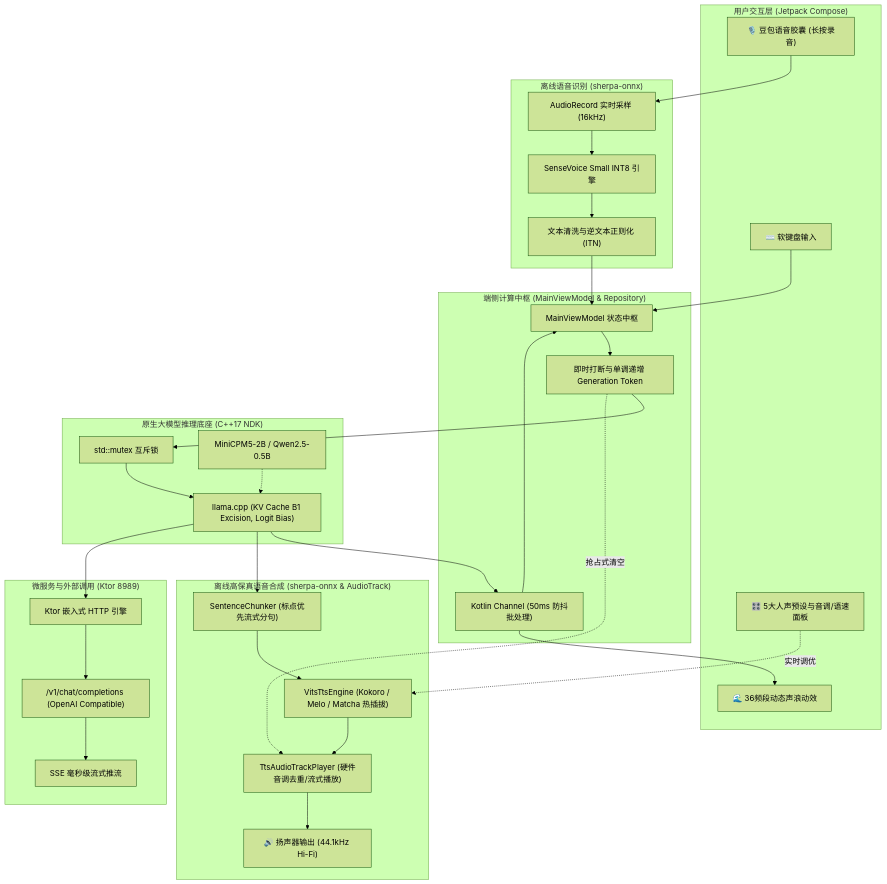
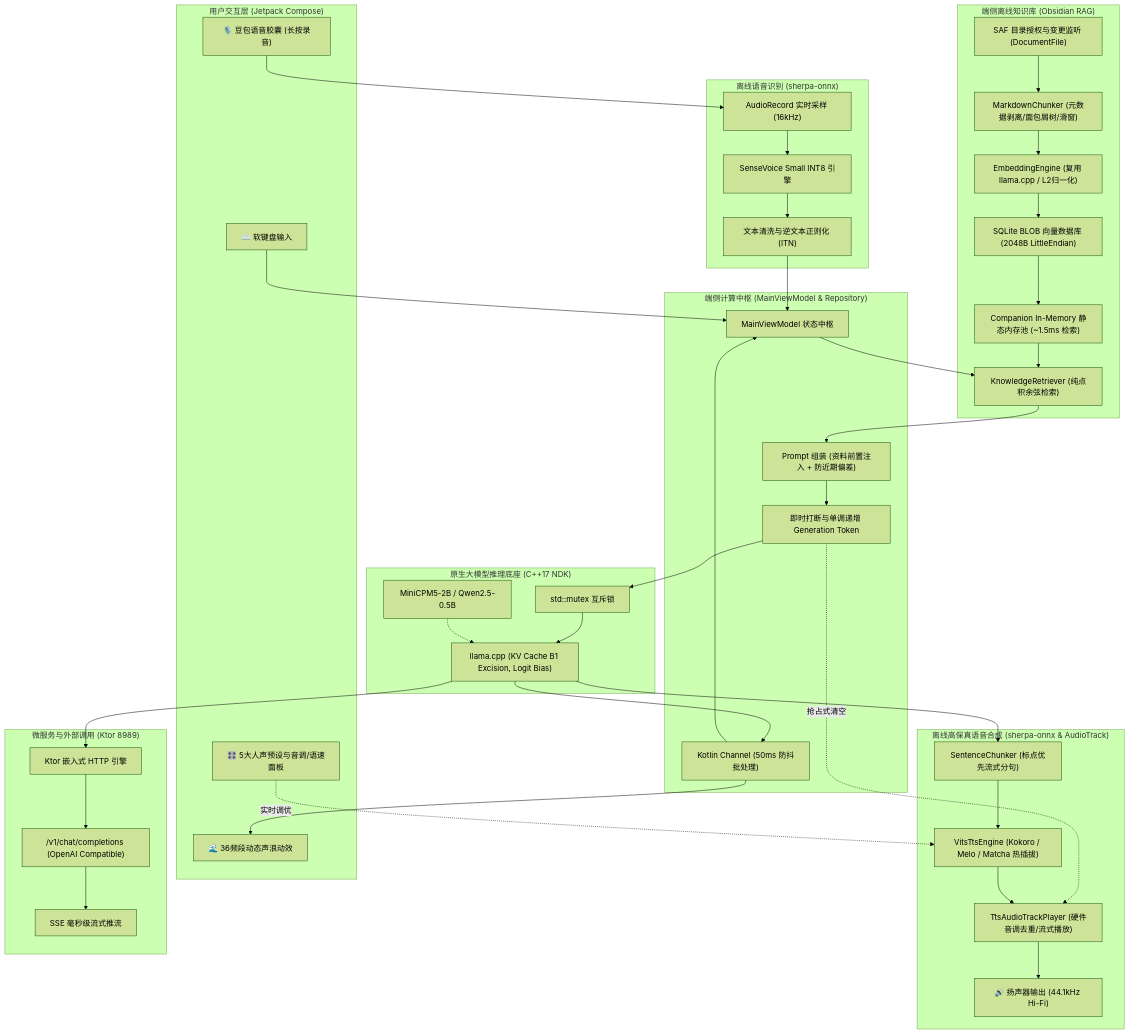
One commit to wuxinxi/sense-assistant changed the diagram in README.md. Above: the diagram before and after it, drawn with Mermaid (forest theme). The commit also changed other lines of this file and 30 other files, not shown here.

First line of the commit message:
feat(rag): 添加 Obsidian 知识库 RAG 功能支持

````diff
--- a/README.md
+++ b/README.md
@@ -71,50 +79,63 @@
 ```mermaid
 flowchart TD
     subgraph Input["用户交互层 (Jetpack Compose)"]
         UI_Voice["🎙️ 豆包语音胶囊 (长按录音)"]
         UI_Text["⌨️ 软键盘输入"]
         UI_Wave["🌊 36频段动态声浪动效"]
         UI_Tuning["🎛️ 5大人声预设与音调/语速面板"]
     end
 
     subgraph ASR["离线语音识别 (sherpa-onnx)"]
         ASR_Record["AudioRecord 实时采样 (16kHz)"]
         ASR_Engine["SenseVoice Small INT8 引擎"]
         ASR_Result["文本清洗与逆文本正则化 (ITN)"]
     end
 
+    subgraph RAG["端侧离线知识库 (Obsidian RAG)"]
+        SAF["SAF 目录授权与变更监听 (DocumentFile)"]
+        Chunker_RAG["MarkdownChunker (元数据剥离/面包屑树/滑窗)"]
+        Embed["EmbeddingEngine (复用 llama.cpp / L2归一化)"]
+        DB["SQLite BLOB 向量数据库 (2048B LittleEndian)"]
+        Cache["Companion In-Memory 静态内存池 (~1.5ms 检索)"]
+        Retriever["KnowledgeRetriever (纯点积余弦检索)"]
+    end
+
     subgraph Core["端侧计算中枢 (MainViewModel & Repository)"]
         VM["MainViewModel 状态中枢"]
+        Prompt["Prompt 组装 (资料前置注入 + 防近期偏差)"]
         Interrupt["即时打断与单调递增 Generation Token"]
         Channel["Kotlin Channel<String> (50ms 防抖批处理)"]
     end
 
     subgraph Native["原生大模型推理底座 (C++17 NDK)"]
         Mutex["std::mutex 互斥锁"]
         Llama["llama.cpp (KV Cache B1 Excision, Logit Bias)"]
         Qwen["MiniCPM5-2B / Qwen2.5-0.5B"]
     end
 
     subgraph TTS["离线高保真语音合成 (sherpa-onnx & AudioTrack)"]
         Chunker["SentenceChunker (标点优先流式分句)"]
         VitsEngine["VitsTtsEngine (Kokoro / Melo / Matcha 热插拔)"]
         TrackPlayer["TtsAudioTrackPlayer (硬件音调去重/流式播放)"]
         Speaker["🔊 扬声器输出 (44.1kHz Hi-Fi)"]
     end
 
     subgraph Service["微服务与外部调用 (Ktor 8989)"]
         Ktor["Ktor 嵌入式 HTTP 引擎"]
         OpenAI["/v1/chat/completions (OpenAI Compatible)"]
         SSE["SSE 毫秒级流式推流"]
     end
 
     UI_Voice --> ASR_Record --> ASR_Engine --> ASR_Result --> VM
     UI_Text --> VM
+    SAF --> Chunker_RAG --> Embed --> DB --> Cache --> Retriever
+    VM --> Retriever
+    Retriever --> Prompt
+    Prompt --> Interrupt --> Mutex --> Llama
     UI_Tuning -. 实时调优 .-> VitsEngine
-    VM --> Interrupt --> Mutex --> Llama
     Interrupt -. 抢占式清空 .-> TrackPlayer
     Qwen -.-> Llama
     Llama --> Channel --> UI_Wave & VM
     Llama --> Chunker --> VitsEngine --> TrackPlayer --> Speaker
     Llama --> Ktor --> OpenAI --> SSE
 ```
````
